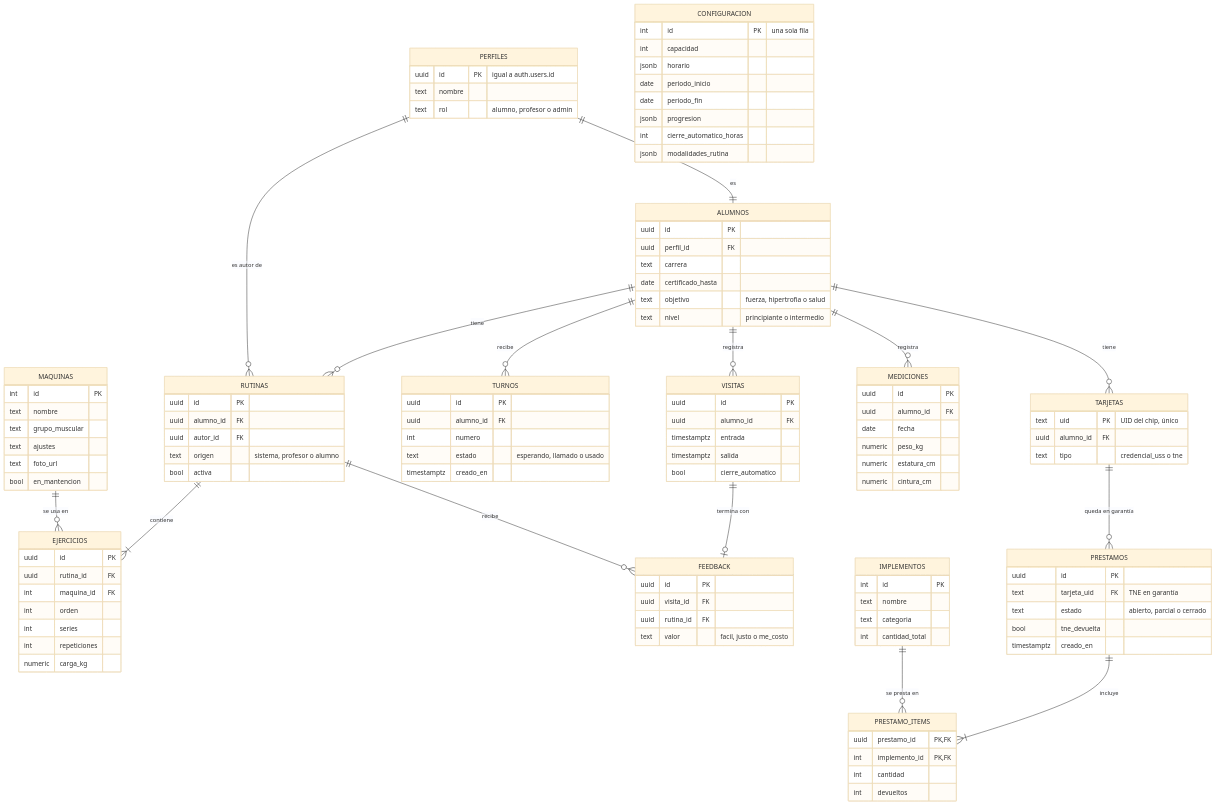
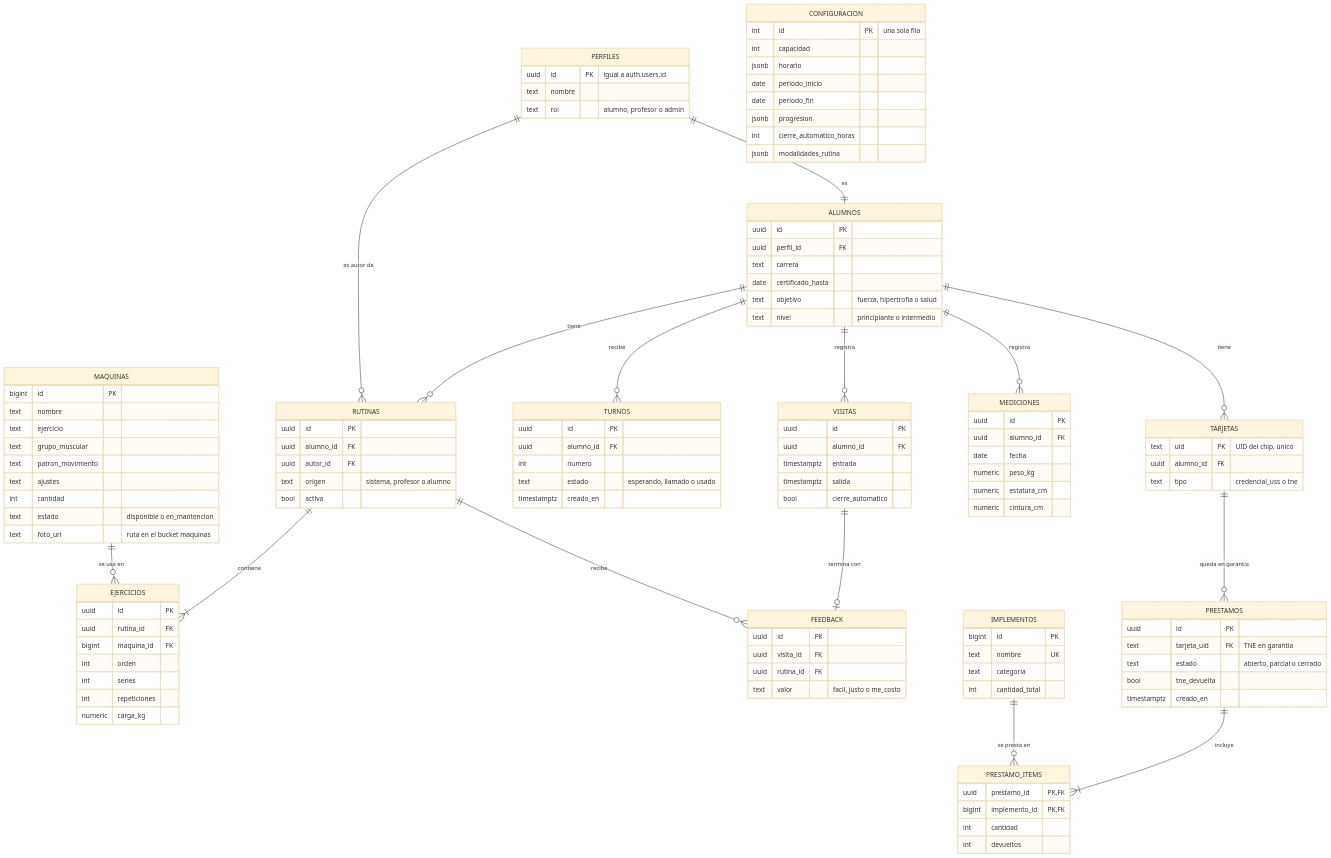
The first of 4 diagrams in docs/diagramas.md (vicente-uss/aforofit), drawn with Mermaid (base theme) before and after one commit. The commit also changed 2 other files, not shown here.

Commit message:
Actualización
Documentación

```diff
--- a/docs/diagramas.md
+++ b/docs/diagramas.md
@@ -118,19 +118,22 @@
     EJERCICIOS {
         uuid id PK
         uuid rutina_id FK
-        int maquina_id FK
+        bigint maquina_id FK
         int orden
         int series
         int repeticiones
         numeric carga_kg
     }
     MAQUINAS {
-        int id PK
+        bigint id PK
         text nombre
+        text ejercicio
         text grupo_muscular
+        text patron_movimiento
         text ajustes
-        text foto_url
-        bool en_mantencion
+        int cantidad
+        text estado "disponible o en_mantencion"
+        text foto_url "ruta en el bucket maquinas"
     }
     FEEDBACK {
         uuid id PK
@@ -155,13 +158,13 @@
     }
     PRESTAMO_ITEMS {
         uuid prestamo_id PK, FK
-        int implemento_id PK, FK
+        bigint implemento_id PK, FK
         int cantidad
         int devueltos
     }
     IMPLEMENTOS {
-        int id PK
-        text nombre
+        bigint id PK
+        text nombre UK
         text categoria
         int cantidad_total
     }
```
